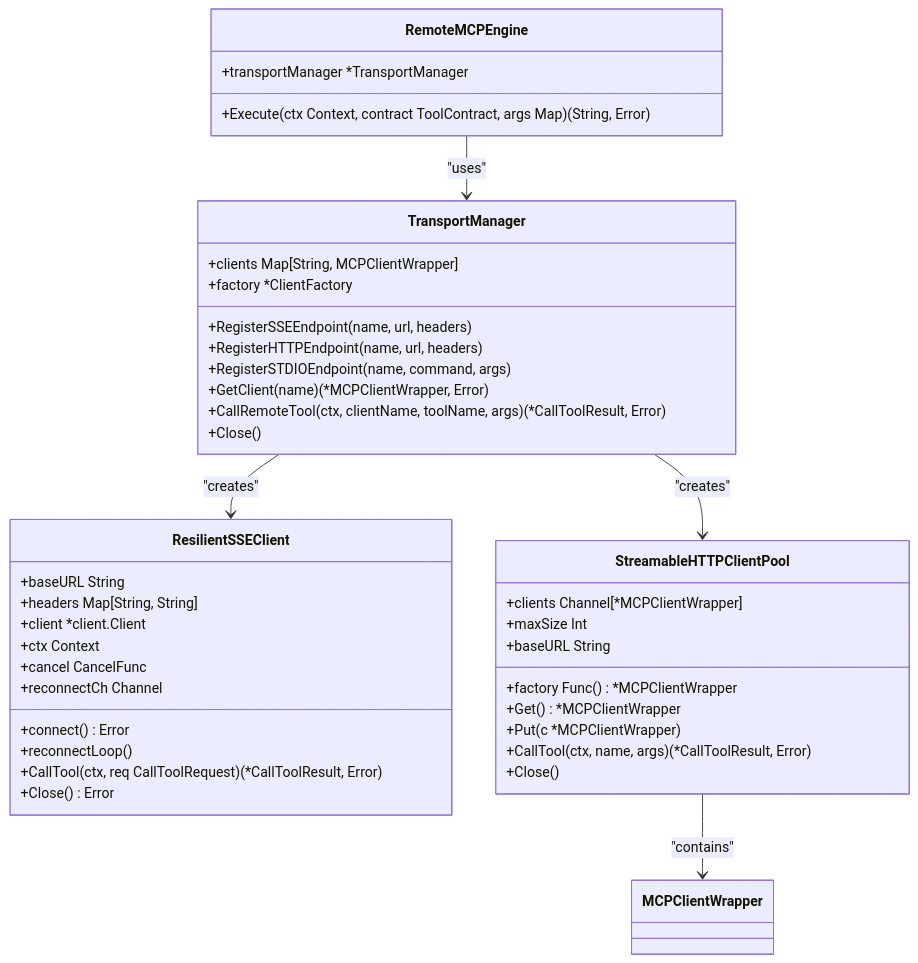
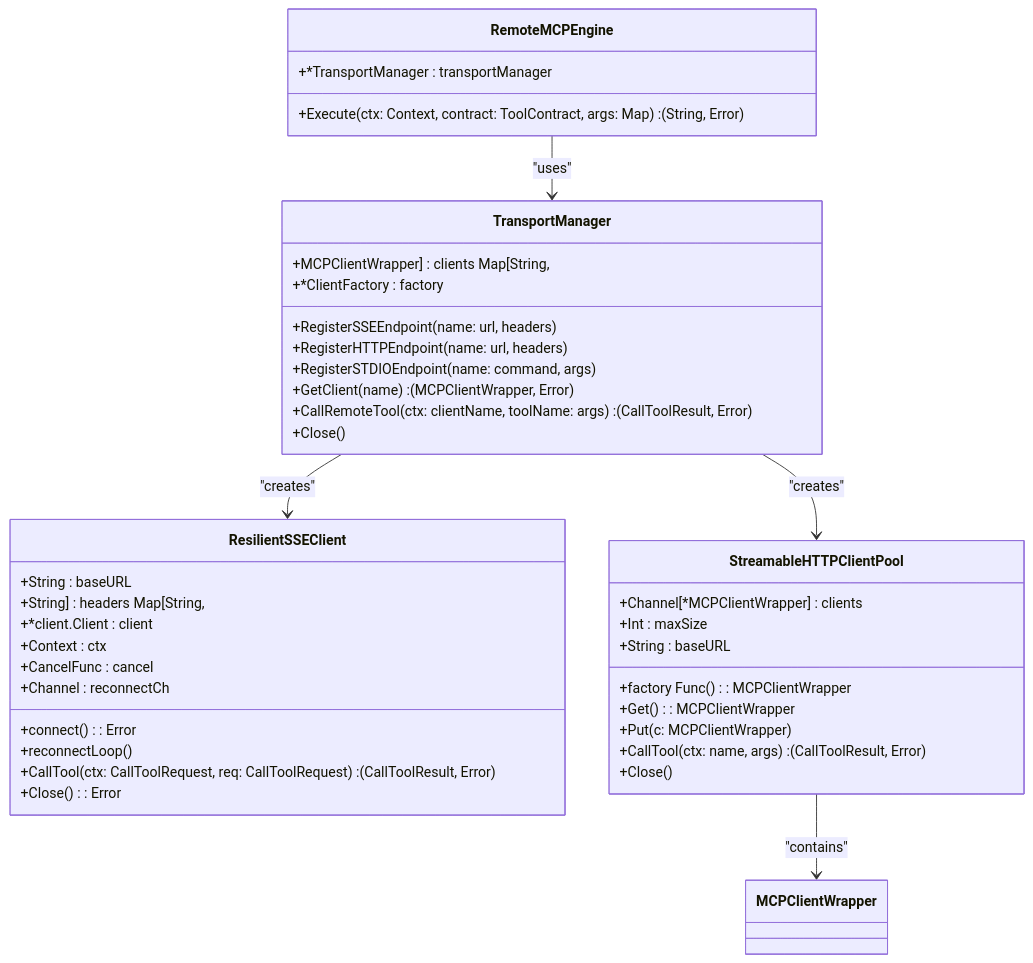
The third of 8 diagrams in docs/Architecture Overview/Model Context Protocol (MCP) Integration/Remote MCP Engine Integration.md (prxs-ai/praxis-go-sdk), drawn with Mermaid before and after one commit. The commit also changed other lines of this file and 141 other files, not shown here.

````diff
--- a/docs/Architecture Overview/Model Context Protocol (MCP) Integration/Remote MCP Engine Integration.md
+++ b/docs/Architecture Overview/Model Context Protocol (MCP) Integration/Remote MCP Engine Integration.md
@@ -118,43 +118,43 @@
 ```mermaid
 classDiagram
 class RemoteMCPEngine {
-+transportManager *TransportManager
-+Execute(ctx Context, contract ToolContract, args Map) (String, Error)
++*TransportManager : transportManager
++Execute(ctx: Context, contract: ToolContract, args: Map) : (String, Error)
 }
 class TransportManager {
-+clients Map[String, MCPClientWrapper]
-+factory *ClientFactory
-+RegisterSSEEndpoint(name, url, headers)
-+RegisterHTTPEndpoint(name, url, headers)
-+RegisterSTDIOEndpoint(name, command, args)
-+GetClient(name) (*MCPClientWrapper, Error)
-+CallRemoteTool(ctx, clientName, toolName, args) (*CallToolResult, Error)
++MCPClientWrapper] : clients Map[String,
++*ClientFactory : factory
++RegisterSSEEndpoint(name: url, headers)
++RegisterHTTPEndpoint(name: url, headers)
++RegisterSTDIOEndpoint(name: command, args)
++GetClient(name) : (MCPClientWrapper, Error)
++CallRemoteTool(ctx: clientName, toolName: args) : (CallToolResult, Error)
 +Close()
 }
 class ResilientSSEClient {
-+baseURL String
-+headers Map[String, String]
-+client *client.Client
-+ctx Context
-+cancel CancelFunc
-+reconnectCh Channel
-+connect() Error
++String : baseURL
++String] : headers Map[String,
++*client.Client : client
++Context : ctx
++CancelFunc : cancel
++Channel : reconnectCh
++connect() : Error
 +reconnectLoop()
-+CallTool(ctx, req CallToolRequest) (*CallToolResult, Error)
-+Close() Error
++CallTool(ctx: CallToolRequest, req: CallToolRequest) : (CallToolResult, Error)
++Close() : Error
 }
 class StreamableHTTPClientPool {
-+clients Channel[*MCPClientWrapper]
-+factory Func() *MCPClientWrapper
-+maxSize Int
-+baseURL String
-+Get() *MCPClientWrapper
-+Put(c *MCPClientWrapper)
-+CallTool(ctx, name, args) (*CallToolResult, Error)
++Channel[*MCPClientWrapper] : clients
++factory Func() : MCPClientWrapper
++Int : maxSize
++String : baseURL
++Get() : MCPClientWrapper
++Put(c: MCPClientWrapper)
++CallTool(ctx: name, args) : (CallToolResult, Error)
 +Close()
 }
 RemoteMCPEngine --> TransportManager : "uses"
 TransportManager --> ResilientSSEClient : "creates"
 TransportManager --> StreamableHTTPClientPool : "creates"
 StreamableHTTPClientPool --> MCPClientWrapper : "contains"
 ```
````
